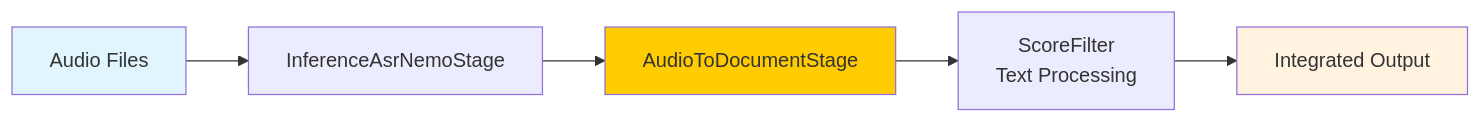
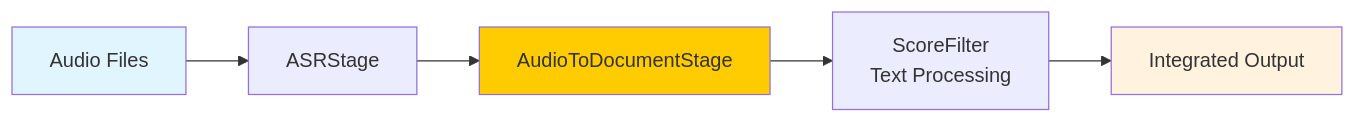
The first of 4 diagrams in fern/versions/main/pages/about/concepts/audio/text-integration.mdx (NVIDIA-NeMo/Curator), drawn with Mermaid before and after one commit. The commit also changed other lines of this file and 20 other files, not shown here.

````diff
--- a/fern/versions/main/pages/about/concepts/audio/text-integration.mdx
+++ b/fern/versions/main/pages/about/concepts/audio/text-integration.mdx
@@ -36,11 +36,11 @@
 ```mermaid
 flowchart LR
-    A[Audio Files] --> B[InferenceAsrNemoStage] 
+    A[Audio Files] --> B[ASRStage]
     B --> C[AudioToDocumentStage]
     C --> D[ScoreFilter<br/>Text Processing]
     D --> E[Integrated Output]
-    
+
     style A fill:#e1f5fe
     style C fill:#ffcc02
     style E fill:#fff3e0
 ```
````
